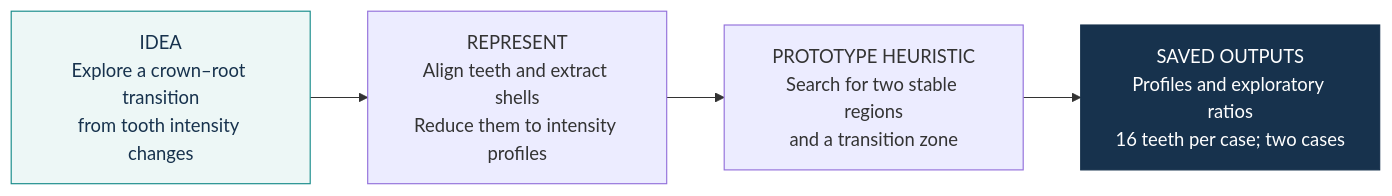
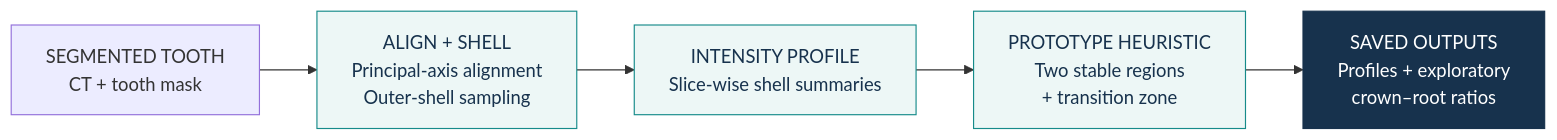
Before and after one commit to trungnb/Crown-Root-Transition-Morphometrics: the diagram in README.md, drawn with Mermaid. The commit also changed other lines of this file, not shown here.

````diff
--- a/README.md
+++ b/README.md
@@ -11,11 +22,12 @@
 ```mermaid
 flowchart LR
-    Q["IDEA<br/>Explore a crown–root transition<br/>from tooth intensity changes"]
-    Q --> A["REPRESENT<br/>Align teeth and extract shells<br/>Reduce them to intensity profiles"]
-    A --> B["PROTOTYPE HEURISTIC<br/>Search for two stable regions<br/>and a transition zone"]
-    B --> C["SAVED OUTPUTS<br/>Profiles and exploratory ratios<br/>16 teeth per case; two cases"]
-    classDef idea fill:#EDF7F6,stroke:#168B8A,color:#17324D
-    classDef output fill:#17324D,stroke:#17324D,color:#FFFFFF
-    class Q idea
-    class C output
+    A["SEGMENTED TOOTH<br/>CT + tooth mask"] --> B["ALIGN + SHELL<br/>Principal-axis alignment<br/>Outer-shell sampling"]
+    B --> C["INTENSITY PROFILE<br/>Slice-wise shell summaries"]
+    C --> D["PROTOTYPE HEURISTIC<br/>Two stable regions<br/>+ transition zone"]
+    D --> E["SAVED OUTPUTS<br/>Profiles + exploratory<br/>crown–root ratios"]
+
+    classDef method fill:#EDF7F6,stroke:#168B8A,color:#17324D
+    classDef result fill:#17324D,stroke:#17324D,color:#FFFFFF
+    class B,C,D method
+    class E result
 ```
````
